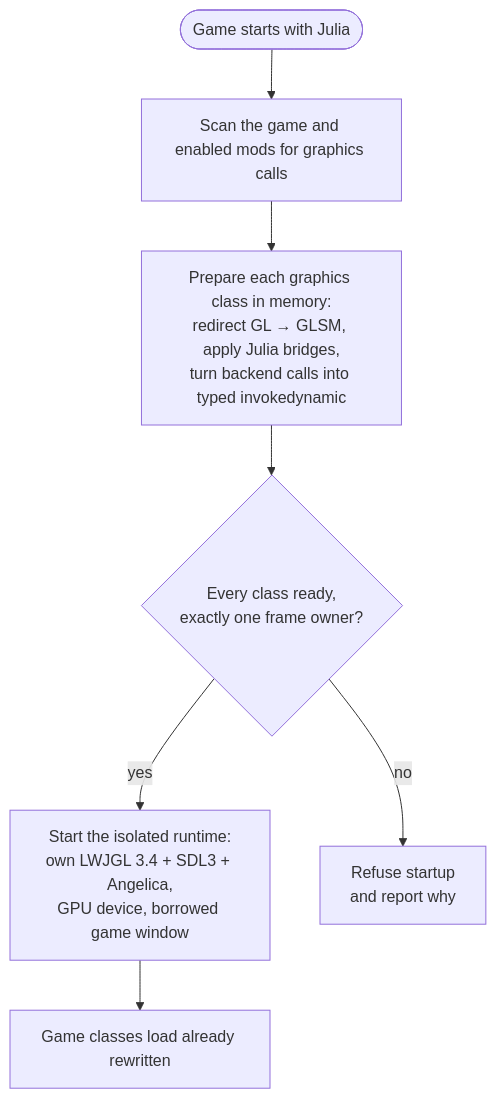
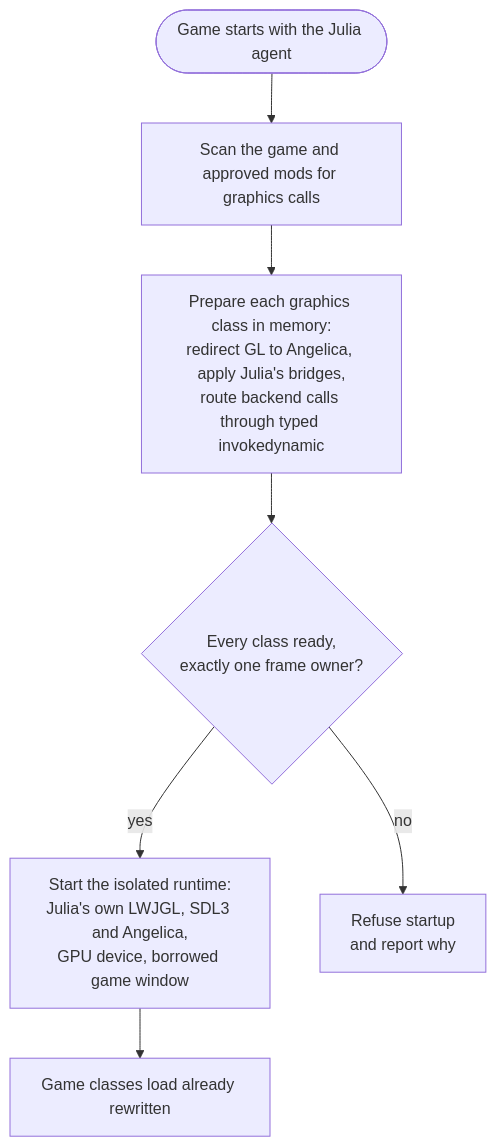
Before and after one commit to fopwoc/julia-pz: the first of 2 diagrams in README.md, drawn with Mermaid. The commit also changed other lines of this file and 1 other file, not shown here.

````diff
--- a/README.md
+++ b/README.md
@@ -16,9 +116,9 @@
 ```mermaid
 flowchart TD
-    start(["Game starts with Julia"]) --> scan["Scan the game and enabled mods for graphics calls"]
-    scan --> prepare["Prepare each graphics class in memory:<br/>redirect GL → GLSM, apply Julia bridges,<br/>turn backend calls into typed invokedynamic"]
+    start(["Game starts with the Julia agent"]) --> scan["Scan the game and approved mods for graphics calls"]
+    scan --> prepare["Prepare each graphics class in memory:<br/>redirect GL to Angelica, apply Julia's bridges,<br/>route backend calls through typed invokedynamic"]
     prepare --> gate{"Every class ready,<br/>exactly one frame owner?"}
-    gate -- yes --> runtime["Start the isolated runtime:<br/>own LWJGL 3.4 + SDL3 + Angelica,<br/>GPU device, borrowed game window"]
+    gate -- yes --> runtime["Start the isolated runtime:<br/>Julia's own LWJGL, SDL3 and Angelica,<br/>GPU device, borrowed game window"]
     runtime --> load["Game classes load already rewritten"]
-    gate -- no --> vanilla["Refuse startup<br/>and report why"]
+    gate -- no --> refuse["Refuse startup<br/>and report why"]
 ```
````
